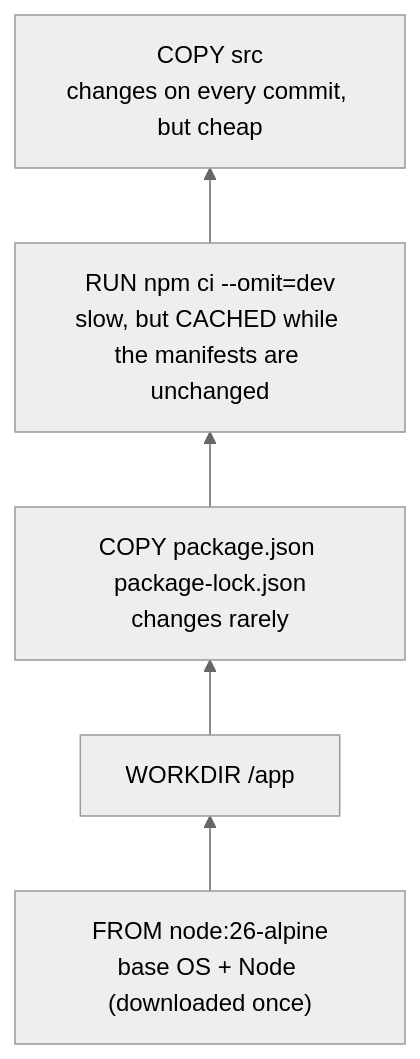
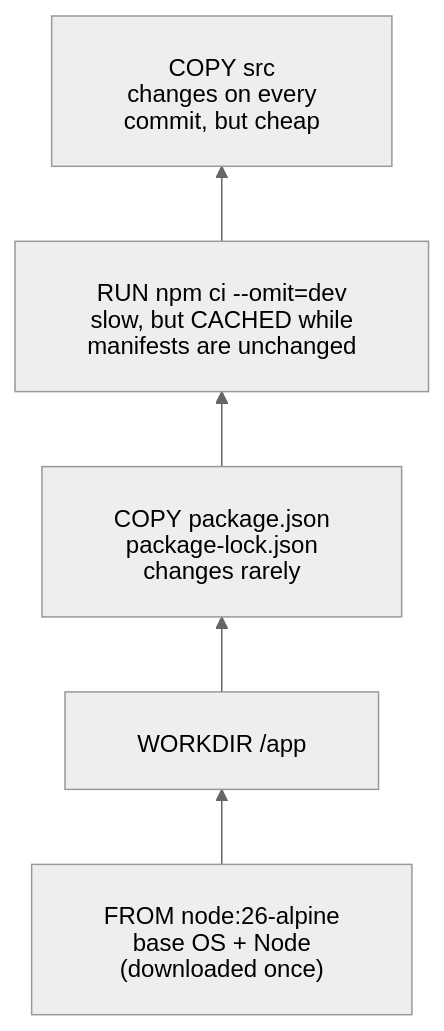
Before and after one commit to renatolinsdigital/nodejs-quickstart: diagram 22 of 26 in README.md, drawn with Mermaid (neutral theme). The commit also changed other lines of this file, not shown here.

First line of the commit message:
renames guide to Understanding Node.js Well and fixes clipped diagram labels

````diff
--- a/README.md
+++ b/README.md
@@ -2720,7 +2737,8 @@
 ```mermaid
+%%{init: {"htmlLabels": false, "flowchart": {"htmlLabels": false, "wrappingWidth": 400, "padding": 24}}}%%
 flowchart BT
-    L1["FROM node:26-alpine<br/>base OS + Node (downloaded once)"] --> L2["WORKDIR /app"]
-    L2 --> L3["COPY package.json package-lock.json<br/>changes rarely"]
-    L3 --> L4["RUN npm ci --omit=dev<br/>slow, but CACHED while the manifests are unchanged"]
-    L4 --> L5["COPY src<br/>changes on every commit, but cheap"]
+    L1["FROM node:26-alpine<br/>base OS + Node<br/>(downloaded once)"] --> L2["WORKDIR /app"]
+    L2 --> L3["COPY package.json<br/>package-lock.json<br/>changes rarely"]
+    L3 --> L4["RUN npm ci --omit=dev<br/>slow, but CACHED while<br/>manifests are unchanged"]
+    L4 --> L5["COPY src<br/>changes on every<br/>commit, but cheap"]
 ```
````
